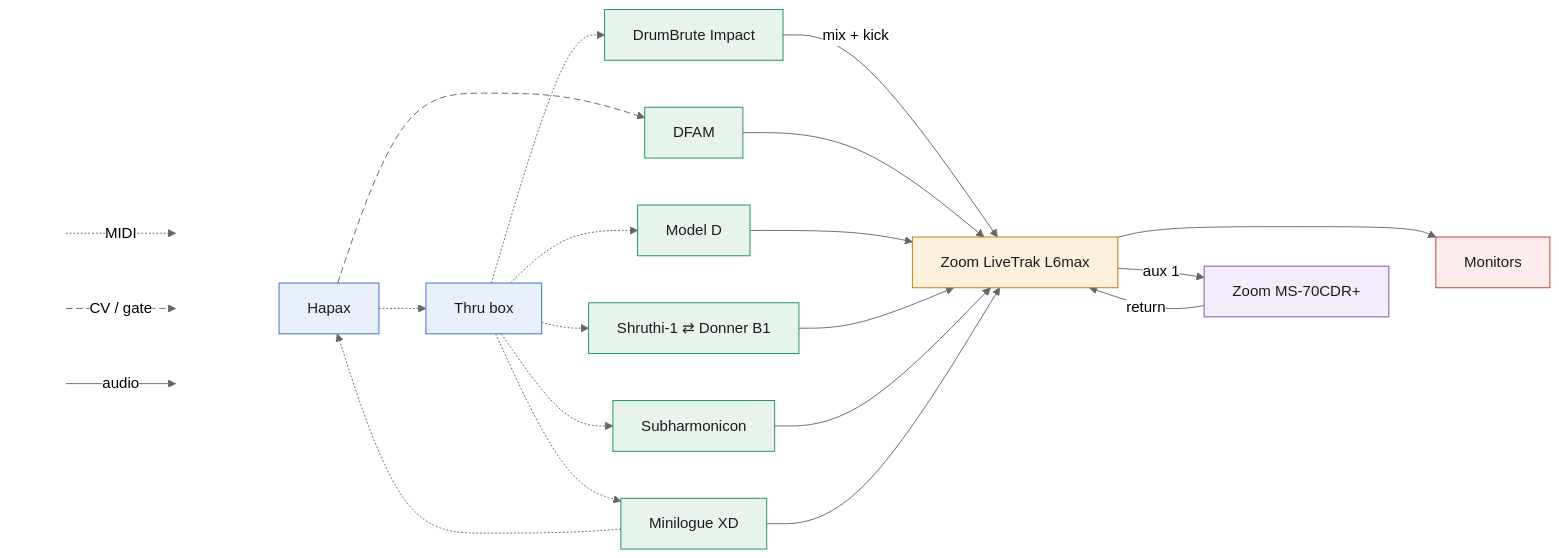
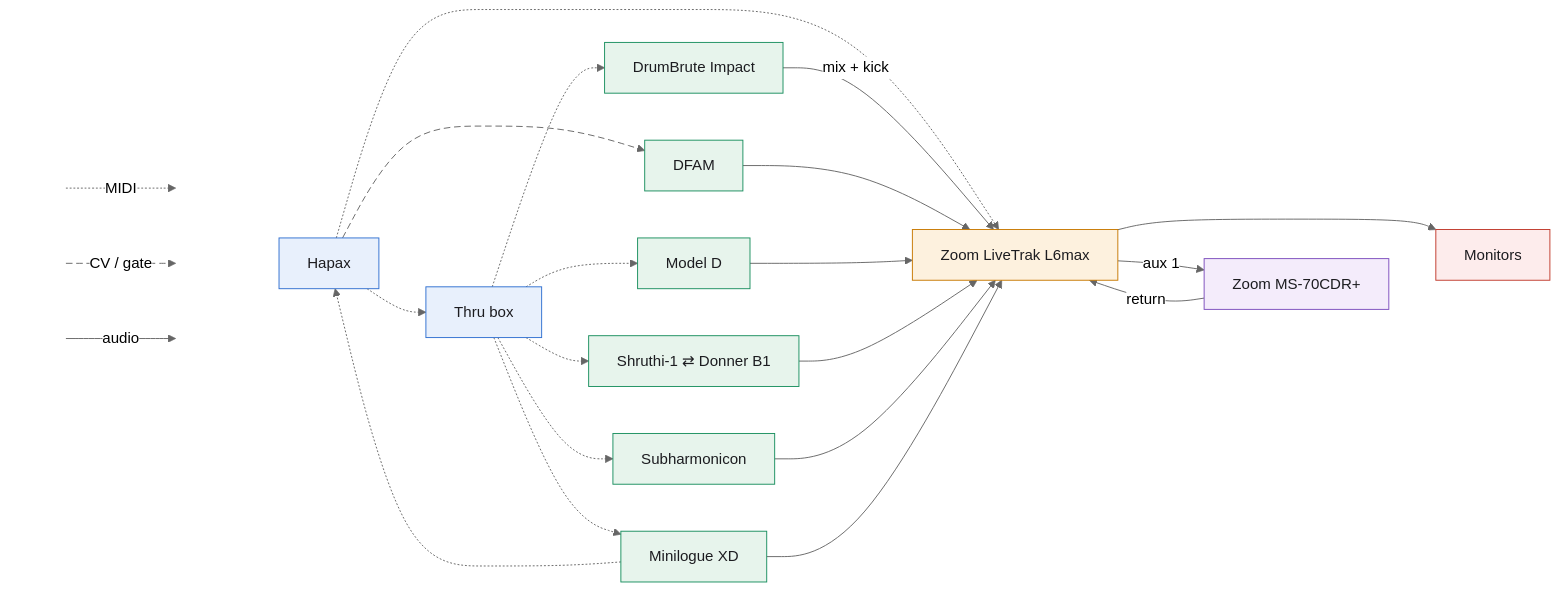
Before and after one commit to saponace/synth-setup: the diagram in README.md, drawn with Mermaid. The commit also changed other lines of this file, not shown here.

````diff
--- a/README.md
+++ b/README.md
@@ -1,74 +1,75 @@
 ```mermaid
 ---
 config:
   theme: neutral
   flowchart:
     curve: basis
 ---
 flowchart LR
     %% box color = kind of gear, line style = kind of signal
     classDef seq fill:#e8f0fc,stroke:#2f6fd0,color:#1c1c20
     classDef voice fill:#e7f4ec,stroke:#1a8f5f,color:#1c1c20
     classDef mix fill:#fdf1de,stroke:#c77800,color:#1c1c20
     classDef fx fill:#f4ecfb,stroke:#7c4dbd,color:#1c1c20
     classDef mon fill:#fdecec,stroke:#c0392b,color:#1c1c20
     classDef pin fill:none,stroke:none
     classDef cv stroke-dasharray: 7 4
 
     %% legend, tied to Hapax by invisible links so it lands in the left columns
     LA[" "] -. "MIDI" .-> LB[" "]
     LC[" "] k1@-- "CV / gate" --> LD[" "]
     LE[" "] -- "audio" --> LF[" "]
     LB ~~~ HAPAX
     LD ~~~ HAPAX
     LF ~~~ HAPAX
 
     HAPAX["Hapax"]
     THRU["Thru box"]
     DBI["DrumBrute Impact"]
     DFAM["DFAM"]
     MODELD["Model D"]
     SWAP["Shruthi-1 ⇄ Donner B1"]
     SUBH["Subharmonicon"]
     XD["Minilogue XD"]
     L6["Zoom LiveTrak L6max"]
     FX["Zoom MS-70CDR+"]
     MON["Monitors"]
 
     %% ----- CV / gate -----
     HAPAX c1@--> DFAM
 
     %% ----- MIDI -----
     HAPAX -.-> THRU
     THRU -.-> DBI
     THRU -.-> MODELD
     THRU -.-> SWAP
     THRU -.-> SUBH
     THRU -.-> XD
     XD -.-> HAPAX
+    HAPAX -.-> L6
 
     %% ----- audio -----
     DBI -- "mix + kick" --> L6
     DFAM --> L6
     MODELD --> L6
     SWAP --> L6
     SUBH --> L6
     XD --> L6
     L6 -- "aux 1" --> FX
     FX -- "return" --> L6
     L6 --> MON
 
     %% ----- carry no signal, they only steer the layout -----
     %% DFAM among the voices instead of pushed to an end of the column,
     %% monitors out of the FX pedal's column
     THRU ~~~ DFAM
     FX ~~~ MON
 
     class HAPAX,THRU seq
     class DBI,DFAM,MODELD,SWAP,SUBH,XD voice
     class L6 mix
     class FX fx
     class MON mon
     class LA,LB,LC,LD,LE,LF pin
     class c1,k1 cv
 ```
````
